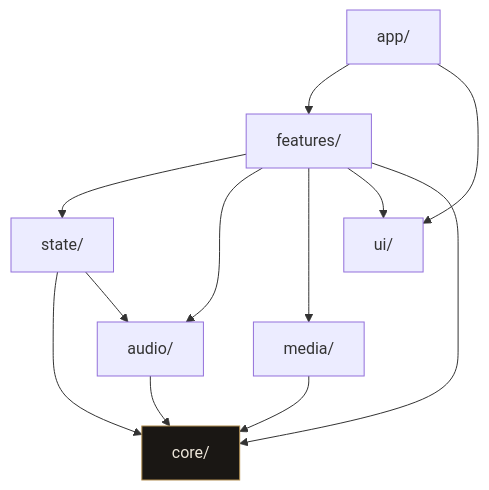
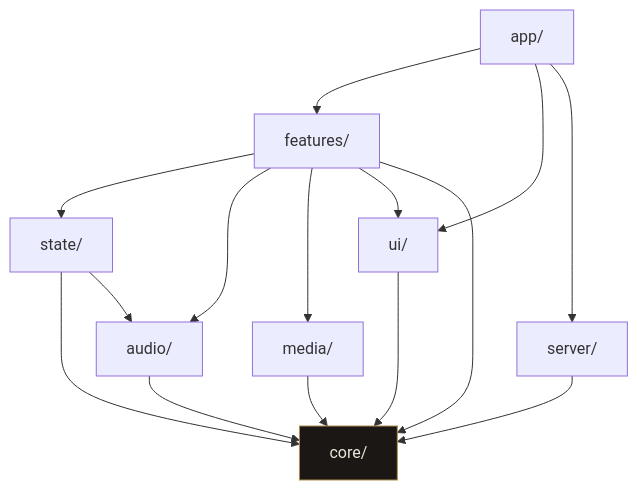
Before and after one commit to jaio5/MusicalTheory: the diagram in docs/ARCHITECTURE.md, drawn with Mermaid. The commit also changed other lines of this file and 114 other files, not shown here.

````diff
--- a/docs/ARCHITECTURE.md
+++ b/docs/ARCHITECTURE.md
@@ -85,25 +125,29 @@
 ```mermaid
 graph TD
   app[app/]
   features[features/]
+  server[server/]
   state[state/]
   audio[audio/]
   media[media/]
   ui[ui/]
   core[core/]
 
   app --> features
   app --> ui
+  app --> server
   features --> state
   features --> audio
   features --> media
   features --> ui
   features --> core
   state --> core
   state --> audio
   audio --> core
   media --> core
+  server --> core
+  ui --> core
 
   classDef pure fill:#1A1714,stroke:#B08D4F,color:#EDE6DA
   class core pure
 ```
````
